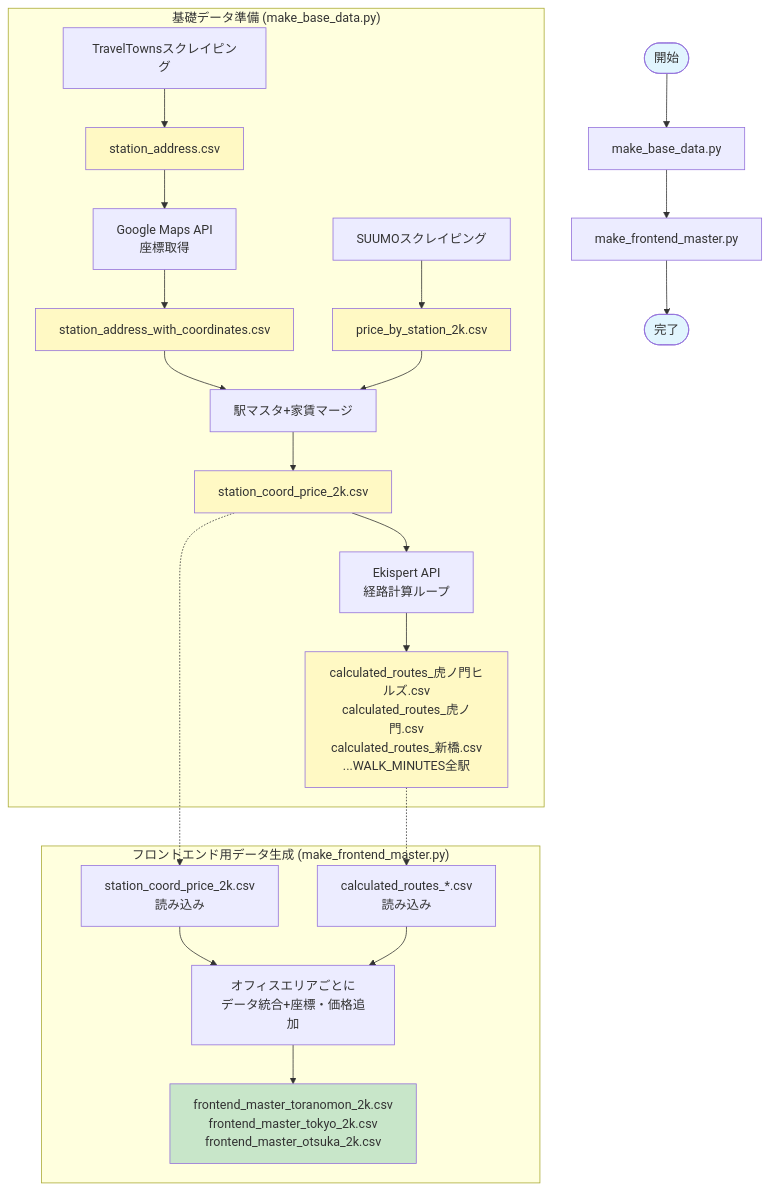
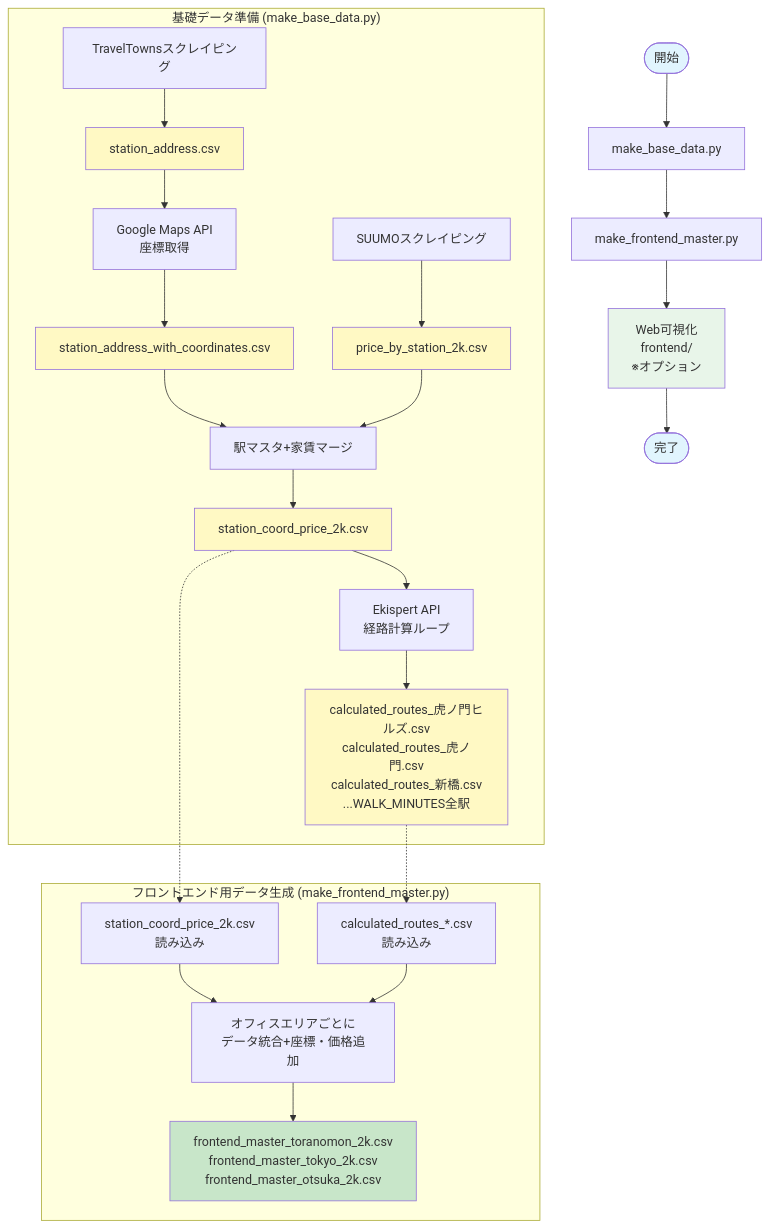
Before and after one commit to masa350z/stationscraper: the first of 2 diagrams in PROJECT_OVERVIEW.md, drawn with Mermaid. The commit also changed other lines of this file and 23 other files, not shown here.

````diff
--- a/PROJECT_OVERVIEW.md
+++ b/PROJECT_OVERVIEW.md
@@ -25,59 +25,62 @@
 ```mermaid
 flowchart TD
     START([開始]) --> STEP1[make_base_data.py]
 
     subgraph "基礎データ準備 (make_base_data.py)"
         SCRAPE1[TravelTownsスクレイピング]
         OUT1[station_address.csv]
 
         GEOCODE[Google Maps API<br/>座標取得]
         OUT2[station_address_with_coordinates.csv]
 
         SCRAPE2[SUUMOスクレイピング]
         OUT3[price_by_station_2k.csv]
 
         MERGE[駅マスタ+家賃マージ]
         OUT4[station_coord_price_2k.csv]
 
         ROUTE[Ekispert API<br/>経路計算ループ]
         OUT5[calculated_routes_虎ノ門ヒルズ.csv<br/>calculated_routes_虎ノ門.csv<br/>calculated_routes_新橋.csv<br/>...WALK_MINUTES全駅]
 
         SCRAPE1 --> OUT1
         OUT1 --> GEOCODE
         GEOCODE --> OUT2
         SCRAPE2 --> OUT3
         OUT2 --> MERGE
         OUT3 --> MERGE
         MERGE --> OUT4
         OUT4 --> ROUTE
         ROUTE --> OUT5
     end
 
     STEP1 --> STEP2[make_frontend_master.py]
 
     subgraph "フロントエンド用データ生成 (make_frontend_master.py)"
         LOAD1[station_coord_price_2k.csv<br/>読み込み]
         LOAD2[calculated_routes_*.csv<br/>読み込み]
 
         COMBINE[オフィスエリアごとに<br/>データ統合+座標・価格追加]
 
         OUT6[frontend_master_toranomon_2k.csv<br/>frontend_master_tokyo_2k.csv<br/>frontend_master_otsuka_2k.csv]
 
         OUT4 -.-> LOAD1
         OUT5 -.-> LOAD2
         LOAD1 --> COMBINE
         LOAD2 --> COMBINE
         COMBINE --> OUT6
     end
 
-    STEP2 --> END([完了])
+    STEP2 --> OPTIONAL[Web可視化<br/>frontend/<br/>※オプション]
+
+    OPTIONAL --> END([完了])
 
     style OUT1 fill:#fff9c4
     style OUT2 fill:#fff9c4
     style OUT3 fill:#fff9c4
     style OUT4 fill:#fff9c4
     style OUT5 fill:#fff9c4
     style OUT6 fill:#c8e6c9
     style START fill:#e1f5fe
     style END fill:#e1f5fe
+    style OPTIONAL fill:#e8f5e9
 ```
````
